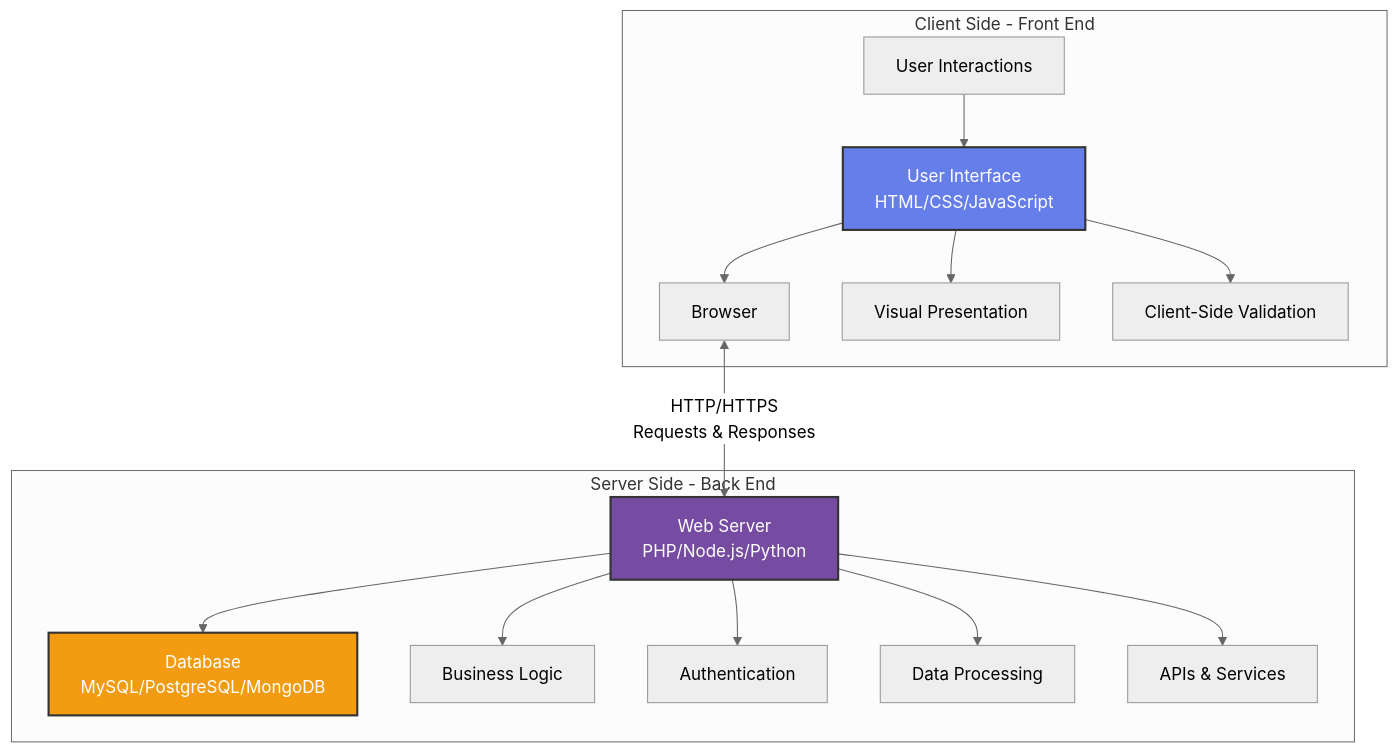
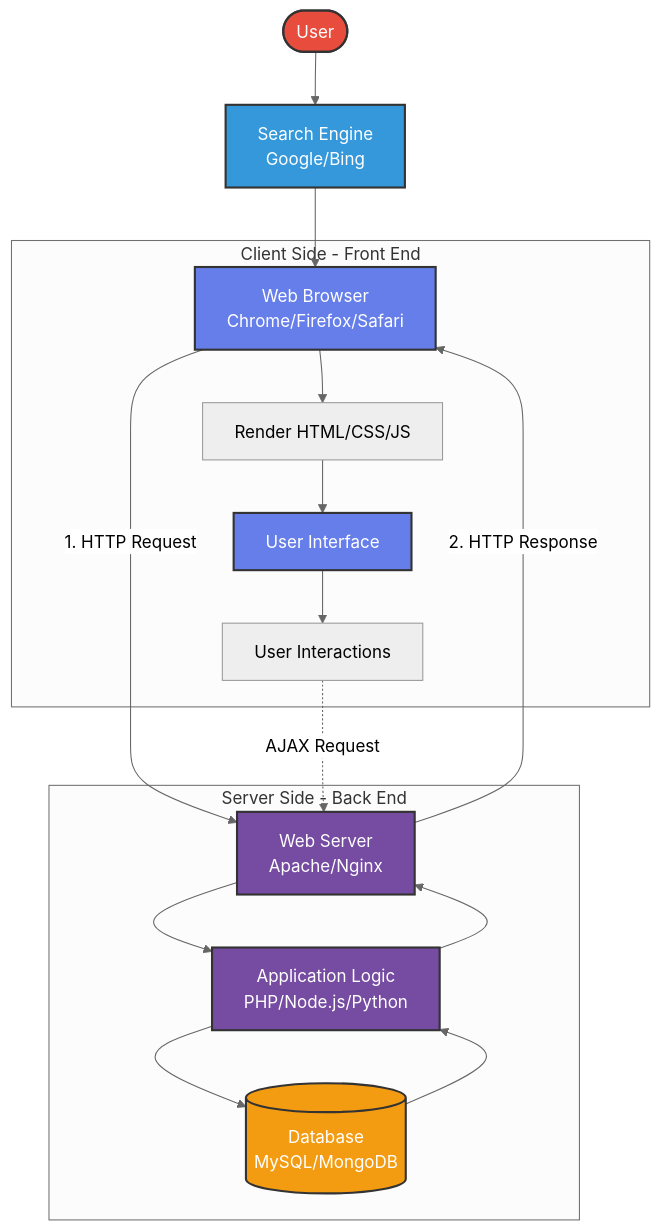
Before and after one commit to Headboy5/Level-3: the diagram in Week 11/Thursday - Web Dev/main.md, drawn with Mermaid (neutral theme).

Commit message:
Create mermaid diagram

````diff
--- a/Week 11/Thursday - Web Dev/main.md
+++ b/Week 11/Thursday - Web Dev/main.md
@@ -3,36 +3,33 @@
 ```mermaid
 graph TB
+    User([User]) --> SearchEngine[Search Engine<br/>Google/Bing]
+    SearchEngine --> Browser[Web Browser<br/>Chrome/Firefox/Safari]
+    
+    Browser -->|1. HTTP Request| WebServer
+    
     subgraph "Client Side - Front End"
-        A[User Interface<br/>HTML/CSS/JavaScript]
-        B[Browser]
-        C[User Interactions]
-        D[Visual Presentation]
-        E[Client-Side Validation]
-        
-        C --> A
-        A --> D
-        A --> E
-        A --> B
+        Browser
+        Browser --> Render[Render HTML/CSS/JS]
+        Render --> UI[User Interface]
+        UI --> Interact[User Interactions]
     end
     
     subgraph "Server Side - Back End"
-        F[Web Server<br/>PHP/Node.js/Python]
-        G[Database<br/>MySQL/PostgreSQL/MongoDB]
-        H[Business Logic]
-        I[Authentication]
-        J[Data Processing]
-        K[APIs & Services]
-        
-        F --> H
-        F --> I
-        F --> J
-        F --> G
-        F --> K
+        WebServer[Web Server<br/>Apache/Nginx]
+        WebServer --> App[Application Logic<br/>PHP/Node.js/Python]
+        App --> DB[(Database<br/>MySQL/MongoDB)]
+        DB --> App
+        App --> WebServer
     end
     
-    B <-->|HTTP/HTTPS<br/>Requests & Responses| F
+    WebServer -->|2. HTTP Response| Browser
+    Interact -.->|AJAX Request| WebServer
     
-    style A fill:#667eea,stroke:#333,stroke-width:2px,color:#fff
-    style F fill:#764ba2,stroke:#333,stroke-width:2px,color:#fff
-    style G fill:#f39c12,stroke:#333,stroke-width:2px,color:#fff
+    style User fill:#e74c3c,stroke:#333,stroke-width:2px,color:#fff
+    style SearchEngine fill:#3498db,stroke:#333,stroke-width:2px,color:#fff
+    style Browser fill:#667eea,stroke:#333,stroke-width:2px,color:#fff
+    style UI fill:#667eea,stroke:#333,stroke-width:2px,color:#fff
+    style WebServer fill:#764ba2,stroke:#333,stroke-width:2px,color:#fff
+    style App fill:#764ba2,stroke:#333,stroke-width:2px,color:#fff
+    style DB fill:#f39c12,stroke:#333,stroke-width:2px,color:#fff
 ```
````
